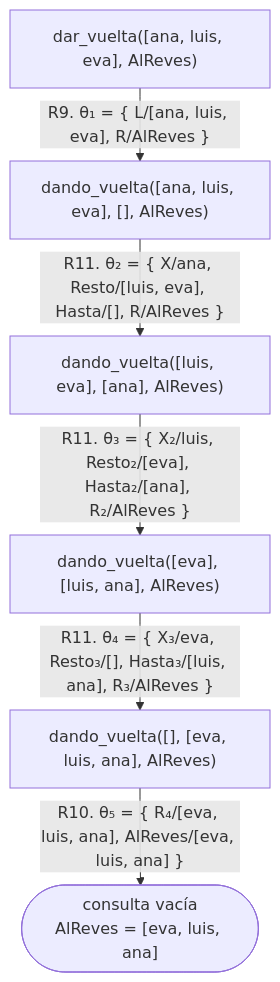
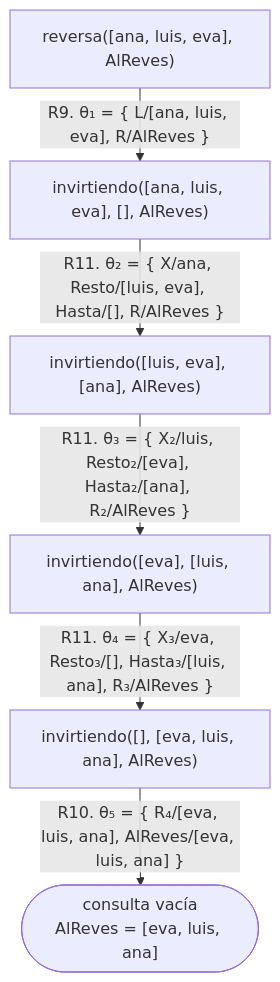
One commit to CesarBallardini/curso-de-prolog changed the eighth of 8 diagrams in docs/capitulo-08-aritmetica/index.md. Above: the diagram before and after it, drawn with Mermaid. The commit also changed other lines of this file and 3274 other files, not shown here.

````diff
--- a/docs/capitulo-08-aritmetica/index.md
+++ b/docs/capitulo-08-aritmetica/index.md
@@ -655,9 +656,9 @@
 ```mermaid
 %%{init: {"flowchart": {"rankSpacing": 25}}}%%
 flowchart TD
-    A["dar_vuelta([ana, luis, eva], AlReves)"] -- "R9. θ₁ = {&nbsp;L/[ana, luis, eva], R/AlReves&nbsp;}" --> B["dando_vuelta([ana, luis, eva], [], AlReves)"]
-    B -- "R11. θ₂ = {&nbsp;X/ana, Resto/[luis, eva], Hasta/[], R/AlReves&nbsp;}" --> C["dando_vuelta([luis, eva], [ana], AlReves)"]
-    C -- "R11. θ₃ = {&nbsp;X₂/luis, Resto₂/[eva], Hasta₂/[ana], R₂/AlReves&nbsp;}" --> D["dando_vuelta([eva], [luis, ana], AlReves)"]
-    D -- "R11. θ₄ = {&nbsp;X₃/eva, Resto₃/[], Hasta₃/[luis, ana], R₃/AlReves&nbsp;}" --> E["dando_vuelta([], [eva, luis, ana], AlReves)"]
+    A["reversa([ana, luis, eva], AlReves)"] -- "R9. θ₁ = {&nbsp;L/[ana, luis, eva], R/AlReves&nbsp;}" --> B["invirtiendo([ana, luis, eva], [], AlReves)"]
+    B -- "R11. θ₂ = {&nbsp;X/ana, Resto/[luis, eva], Hasta/[], R/AlReves&nbsp;}" --> C["invirtiendo([luis, eva], [ana], AlReves)"]
+    C -- "R11. θ₃ = {&nbsp;X₂/luis, Resto₂/[eva], Hasta₂/[ana], R₂/AlReves&nbsp;}" --> D["invirtiendo([eva], [luis, ana], AlReves)"]
+    D -- "R11. θ₄ = {&nbsp;X₃/eva, Resto₃/[], Hasta₃/[luis, ana], R₃/AlReves&nbsp;}" --> E["invirtiendo([], [eva, luis, ana], AlReves)"]
     E -- "R10. θ₅ = {&nbsp;R₄/[eva, luis, ana], AlReves/[eva, luis, ana]&nbsp;}" --> S(["consulta vacía<br/>AlReves = [eva, luis, ana]"])
 ```
````
